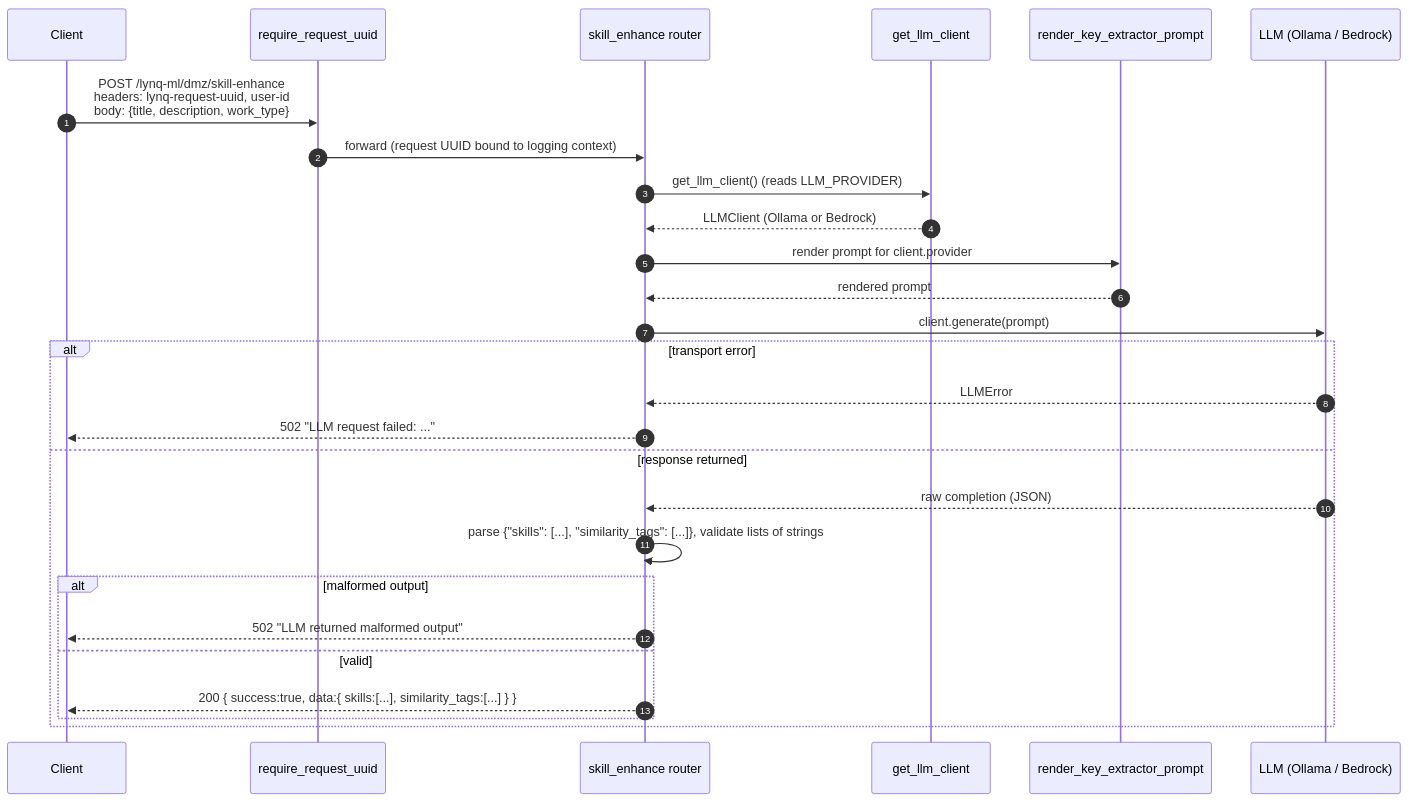
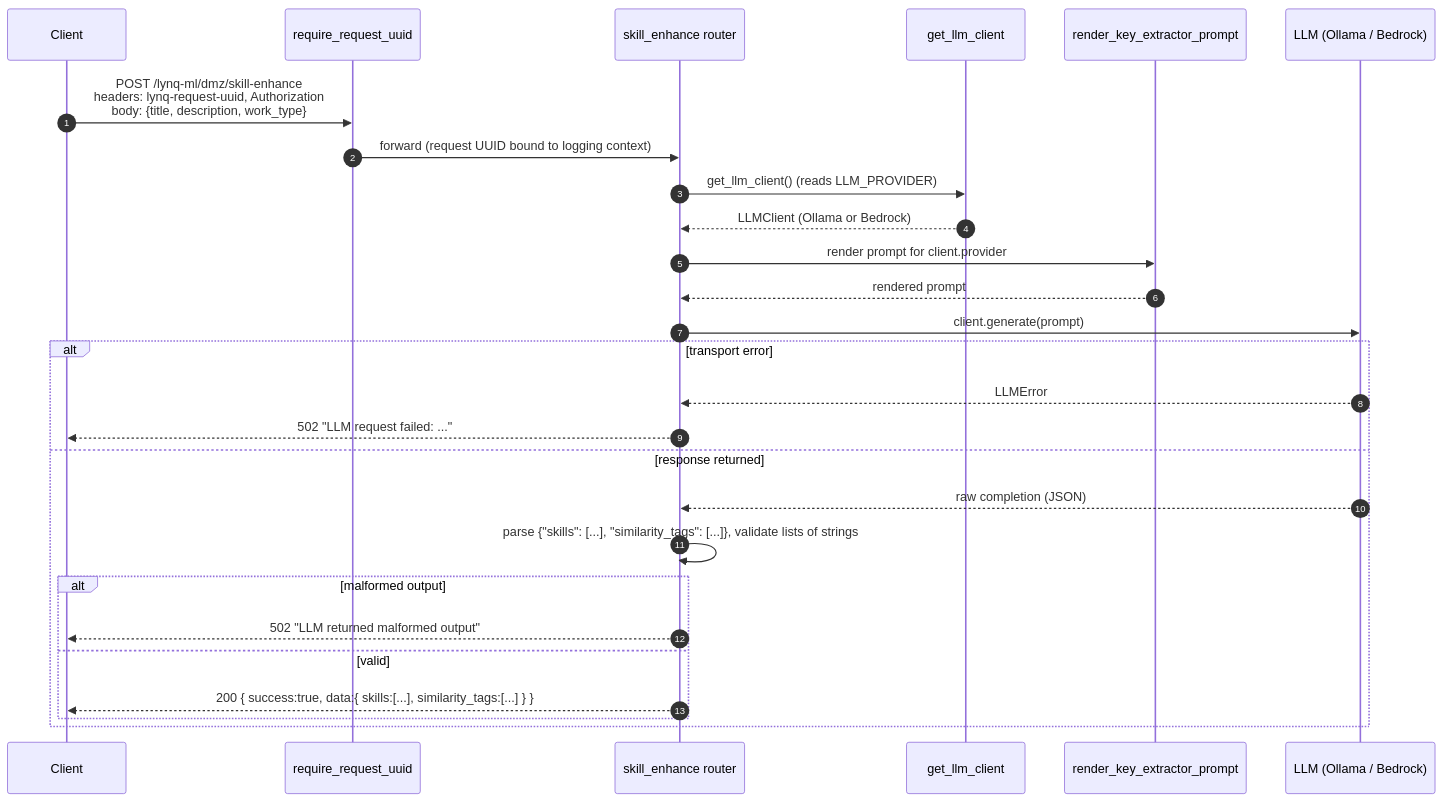
One commit to MatLock/UdeSA-lynq changed the diagram in lynq-ml/README.md. Above: the diagram before and after it, drawn with Mermaid. The commit also changed other lines of this file and 128 other files, not shown here.

Commit message:
[lynq]: every service resolves its caller from the access token, not from a user-id header

````diff
--- a/lynq-ml/README.md
+++ b/lynq-ml/README.md
@@ -123,30 +125,30 @@
 ```mermaid
 sequenceDiagram
     autonumber
     participant C as Client
     participant M as require_request_uuid
     participant R as skill_enhance router
     participant F as get_llm_client
     participant P as render_key_extractor_prompt
     participant L as LLM (Ollama / Bedrock)
 
-    C->>M: POST /lynq-ml/dmz/skill-enhance<br/>headers: lynq-request-uuid, user-id<br/>body: {title, description, work_type}
+    C->>M: POST /lynq-ml/dmz/skill-enhance<br/>headers: lynq-request-uuid, Authorization<br/>body: {title, description, work_type}
     M->>R: forward (request UUID bound to logging context)
     R->>F: get_llm_client()  (reads LLM_PROVIDER)
     F-->>R: LLMClient (Ollama or Bedrock)
     R->>P: render prompt for client.provider
     P-->>R: rendered prompt
     R->>L: client.generate(prompt)
     alt transport error
         L-->>R: LLMError
         R-->>C: 502 "LLM request failed: ..."
     else response returned
         L-->>R: raw completion (JSON)
         R->>R: parse {"skills": [...], "similarity_tags": [...]}, validate lists of strings
         alt malformed output
             R-->>C: 502 "LLM returned malformed output"
         else valid
             R-->>C: 200 { success:true, data:{ skills:[...], similarity_tags:[...] } }
         end
     end
 ```
````
